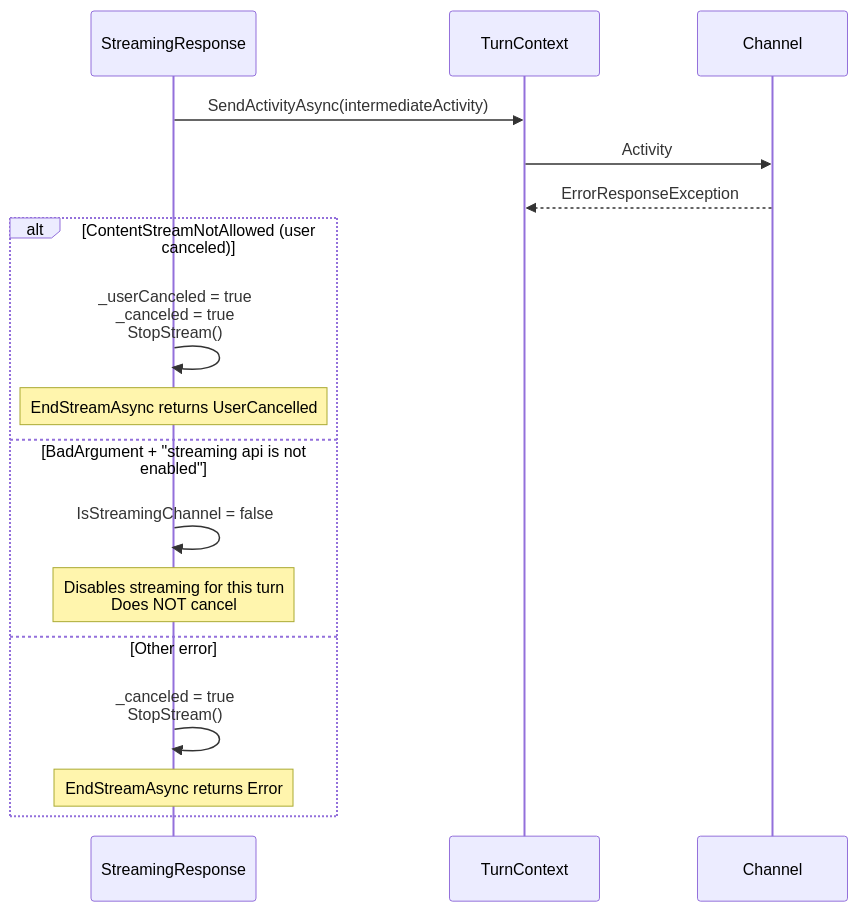
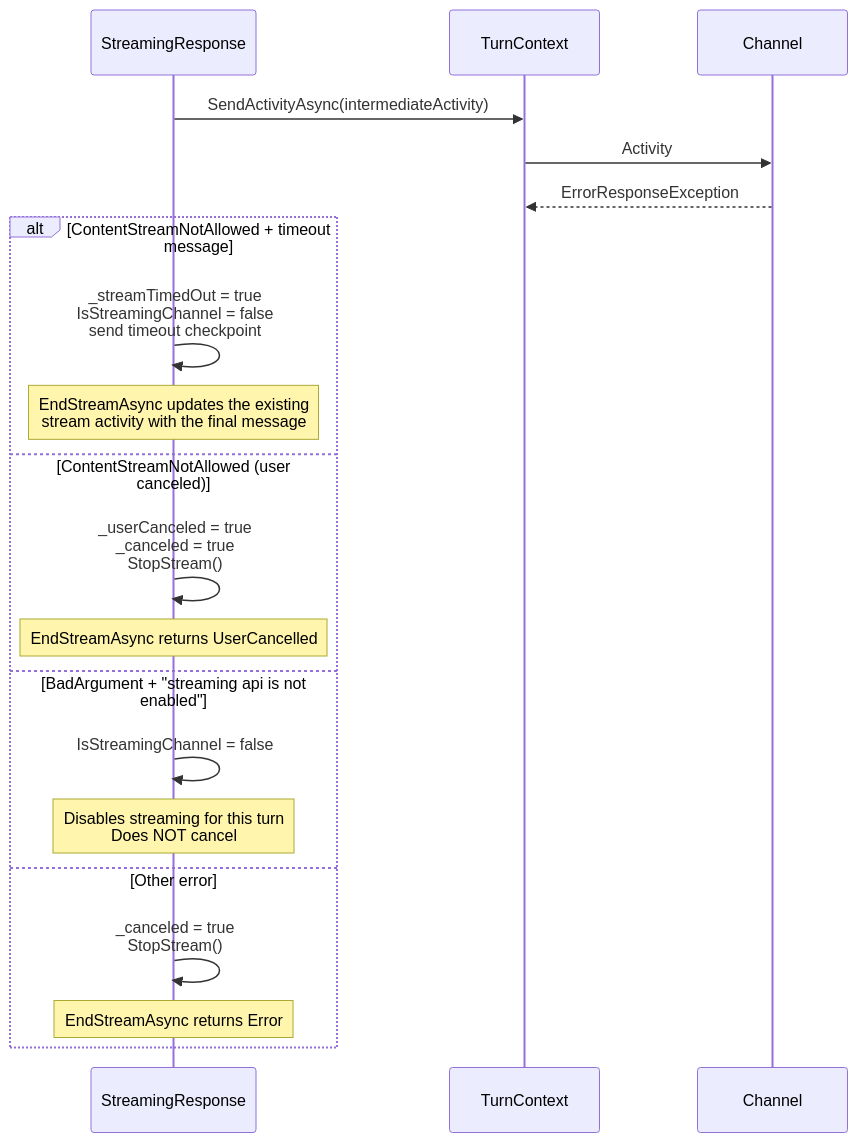
One commit to microsoft/Agents-for-net changed the third of 4 diagrams in docs/streaming-response-sequence-diagram.md. Above: the diagram before and after it, drawn with Mermaid. The commit also changed other lines of this file and 11 other files, not shown here.

First line of the commit message:
docs: refresh architecture and sequence diagrams

````diff
--- a/docs/streaming-response-sequence-diagram.md
+++ b/docs/streaming-response-sequence-diagram.md
@@ -119,21 +120,24 @@
 ```mermaid
 sequenceDiagram
     participant StreamingResponse
     participant TurnContext
     participant Channel
 
     StreamingResponse->>TurnContext: SendActivityAsync(intermediateActivity)
     TurnContext->>Channel: Activity
     Channel-->>TurnContext: ErrorResponseException
 
-    alt ContentStreamNotAllowed (user canceled)
+    alt ContentStreamNotAllowed + timeout message
+        StreamingResponse->>StreamingResponse: _streamTimedOut = true<br/>IsStreamingChannel = false<br/>send timeout checkpoint
+        Note over StreamingResponse: EndStreamAsync updates the existing<br/>stream activity with the final message
+    else ContentStreamNotAllowed (user canceled)
         StreamingResponse->>StreamingResponse: _userCanceled = true<br/>_canceled = true<br/>StopStream()
         Note over StreamingResponse: EndStreamAsync returns UserCancelled
     else BadArgument + "streaming api is not enabled"
         StreamingResponse->>StreamingResponse: IsStreamingChannel = false
         Note over StreamingResponse: Disables streaming for this turn<br/>Does NOT cancel
     else Other error
         StreamingResponse->>StreamingResponse: _canceled = true<br/>StopStream()
         Note over StreamingResponse: EndStreamAsync returns Error
     end
 ```
````
